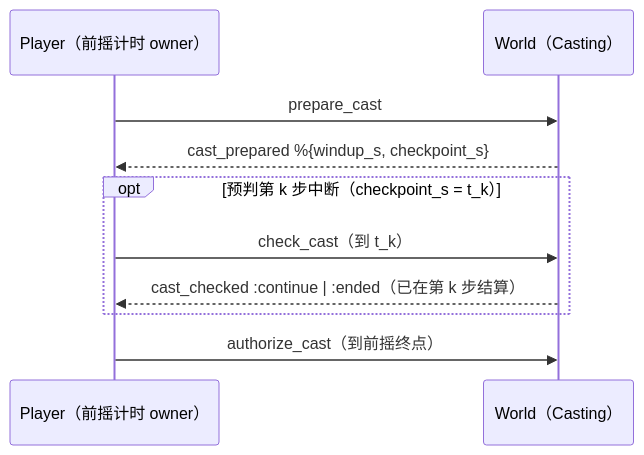
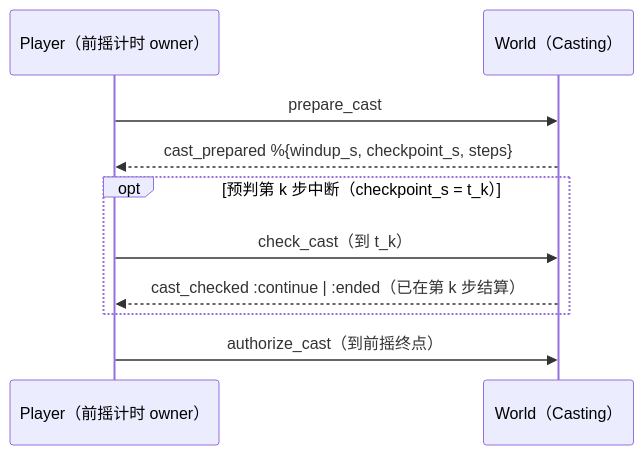
Before and after one commit to dyzdyz010/ex_mmo_cluster: the second of 5 diagrams in apps/voxel_region/lib/voxel_region/world/README.md, drawn with Mermaid. The commit also changed other lines of this file and 18 other files, not shown here.

````diff
--- a/apps/voxel_region/lib/voxel_region/world/README.md
+++ b/apps/voxel_region/lib/voxel_region/world/README.md
@@ -66,12 +66,12 @@
 ```mermaid
 sequenceDiagram
   participant P as Player（前摇计时 owner）
   participant W as World（Casting）
   P->>W: prepare_cast
-  W-->>P: cast_prepared %{windup_s, checkpoint_s}
+  W-->>P: cast_prepared %{windup_s, checkpoint_s, steps}
   opt 预判第 k 步中断（checkpoint_s = t_k）
     P->>W: check_cast（到 t_k）
     W-->>P: cast_checked :continue | :ended（已在第 k 步结算）
   end
   P->>W: authorize_cast（到前摇终点）
 ```
````
